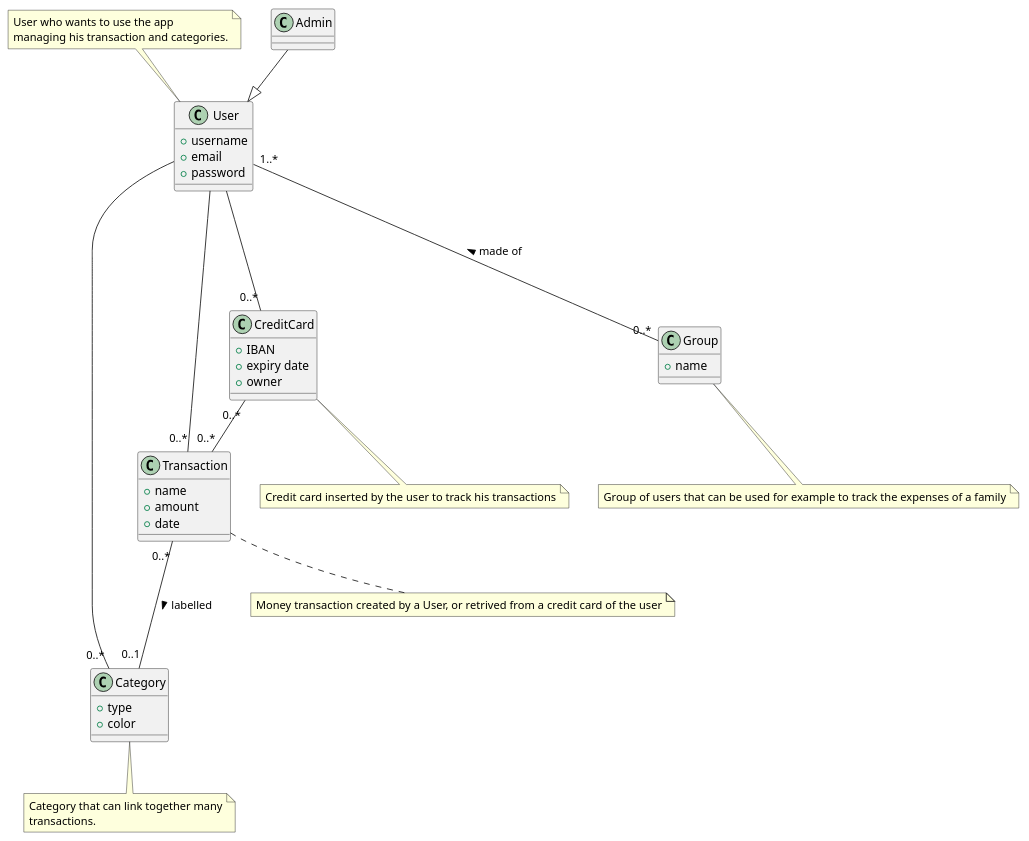
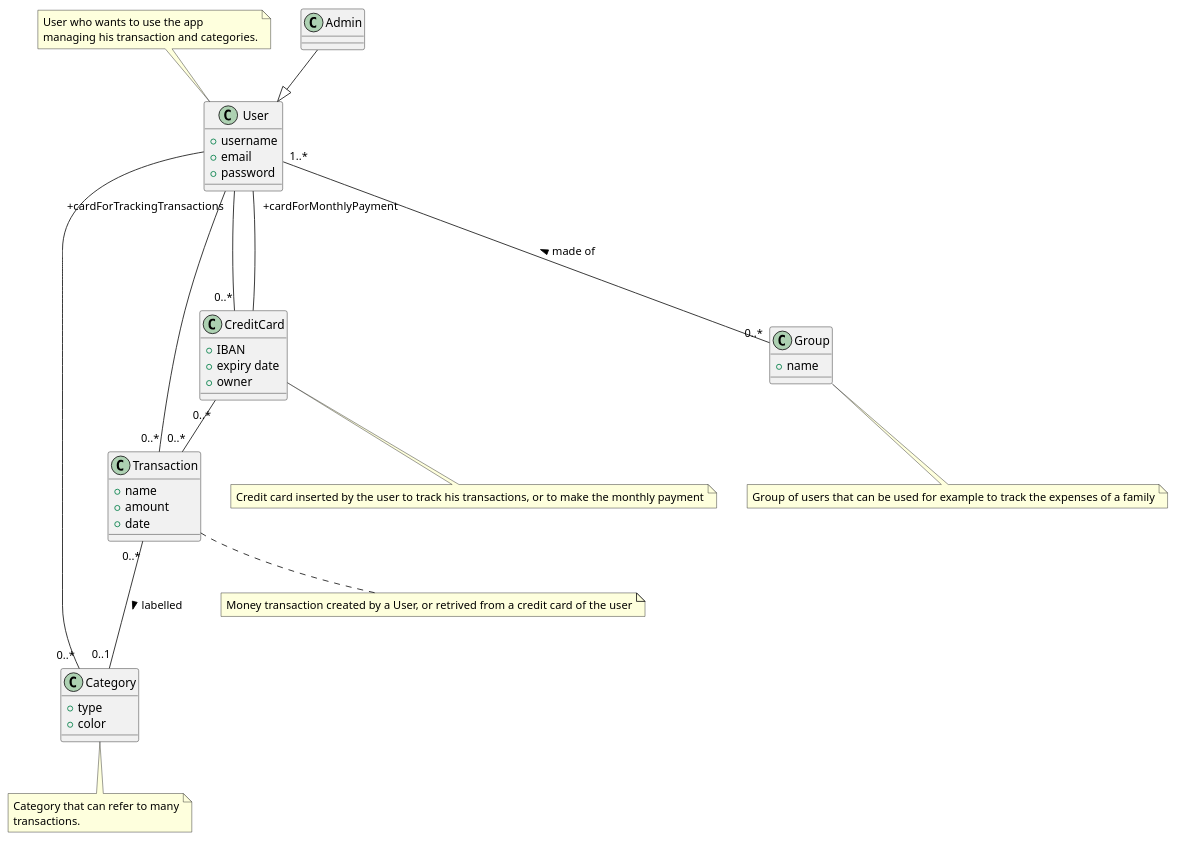
One commit to lara-m2000/ezwallet changed the third of 5 diagrams in RequirementsDocumentV2.md. Above: the diagram before and after it, drawn with PlantUML. The commit also changed other lines of this file, not shown here.

````diff
--- a/RequirementsDocumentV2.md
+++ b/RequirementsDocumentV2.md
@@ -539,76 +540,77 @@
 ```plantuml
 @startuml
 
 
 class User {
 	+ username
 	+ email
 	+ password
 }
 
 note top of User
 User who wants to use the app
 managing his transaction and categories.
 endnote
 
 class Admin {
 
 }
 
 
 class Transaction {
 	+ name
 	+ amount
 	+ date
 }
 
 note bottom of Transaction
 Money transaction created by a User, or retrived from a credit card of the user
 endnote
 
 
 class Category {
 	+ type
 	+ color
 }
 
 note bottom of Category
-Category that can link together many
+Category that can refer to many
 transactions.
 endnote
 
 class CreditCard {
 	+ IBAN
 	+ expiry date
 	+ owner
 }
 
 note bottom of CreditCard
-Credit card inserted by the user to track his transactions
+Credit card inserted by the user to track his transactions, or to make the monthly payment
 endnote
 
 class Group {
 	+ name
 }
 note bottom of Group
 Group of users that can be used for example to track the expenses of a family
 endnote
 
 Transaction "0..*" --- "0..1" Category : labelled >
 
 
-User --- "0..*" CreditCard
+User "+cardForTrackingTransactions"--- "0..*" CreditCard
+User "+cardForMonthlyPayment"--- CreditCard
 
 User --- "0..*" Transaction
 
 User --- "0..*" Category
 
 User "1..*" --- "0..*" Group : made of <
 
 Admin --|> User
 
 CreditCard "0..*" -- "0..*" Transaction
 
 
 @enduml
 ```
````
